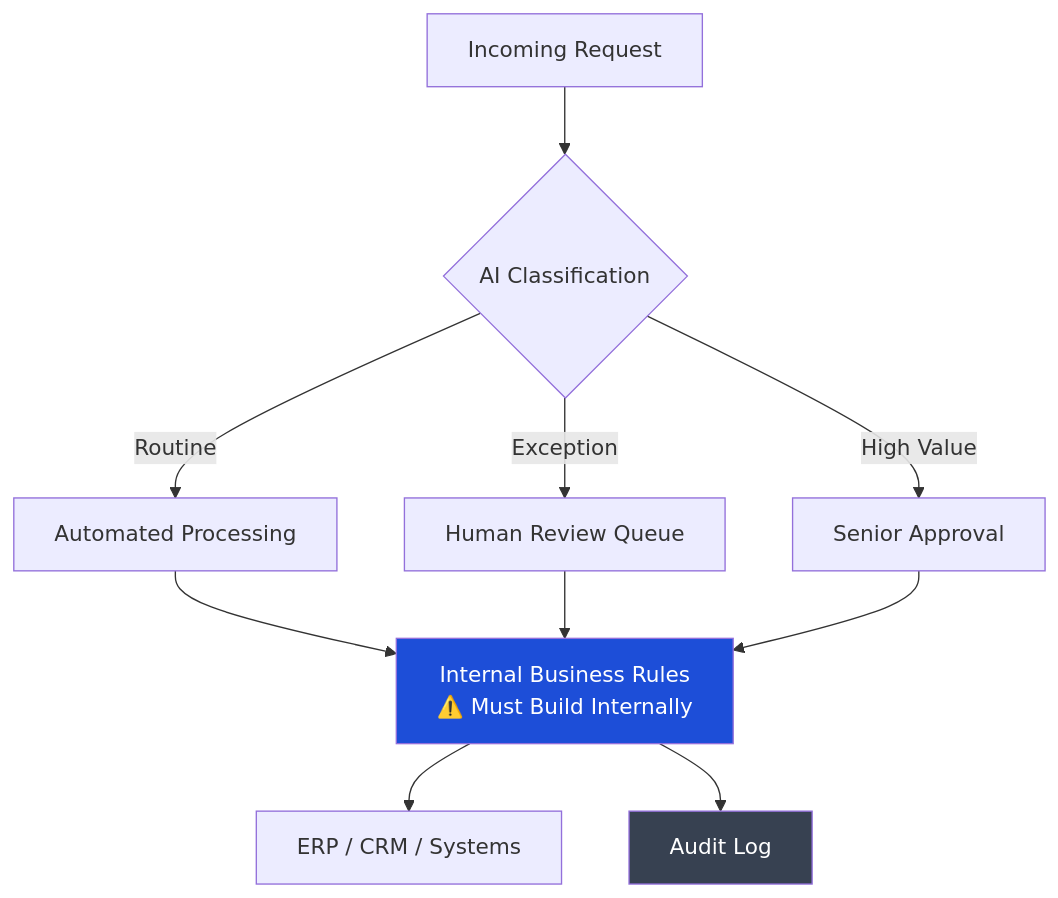
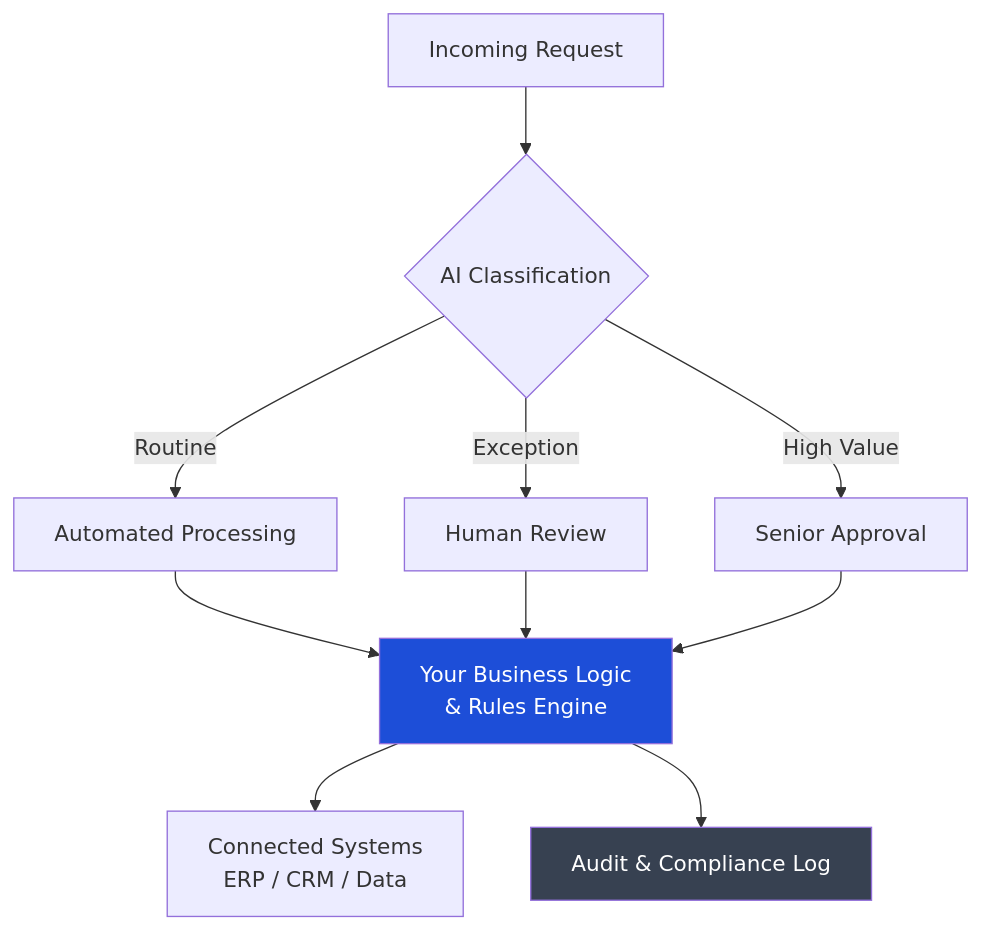
The second of 4 diagrams in src/content/en/blog/it-org-ai-transformation.md (fps4/web-faridgurbanov), drawn with Mermaid before and after one commit. The commit also changed other lines of this file and 13 other files, not shown here.

````diff
--- a/src/content/en/blog/it-org-ai-transformation.md
+++ b/src/content/en/blog/it-org-ai-transformation.md
@@ -56,17 +56,17 @@
 ```mermaid
 flowchart TD
     A["Incoming Request"] --> B{"AI Classification"}
     B -->|"Routine"| C["Automated Processing"]
-    B -->|"Exception"| D["Human Review Queue"]
+    B -->|"Exception"| D["Human Review"]
     B -->|"High Value"| E["Senior Approval"]
     
-    C --> F["Internal Business Rules\n⚠️ Must Build Internally"]
+    C --> F["Your Business Logic\n& Rules Engine"]
     D --> F
     E --> F
     
-    F --> G["ERP / CRM / Systems"]
-    F --> H["Audit Log"]
+    F --> G["Connected Systems\nERP / CRM / Data"]
+    F --> H["Audit & Compliance Log"]
     
     style F fill:#1d4ed8,color:#fff
     style H fill:#374151,color:#fff
 ```
````
